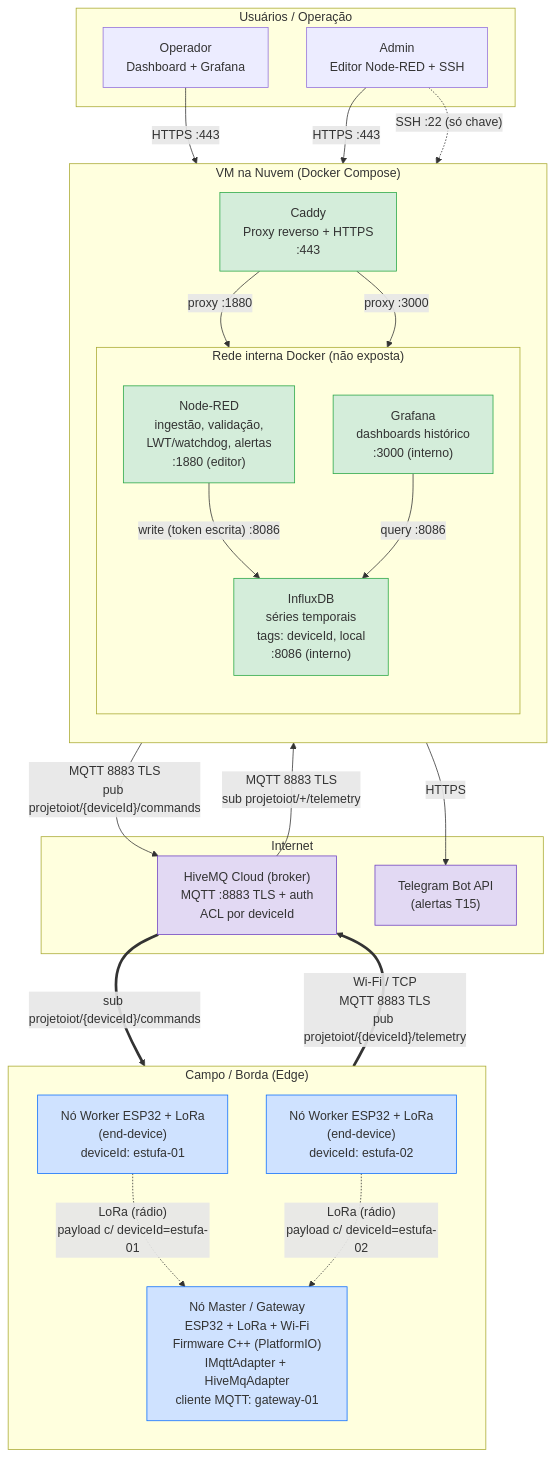
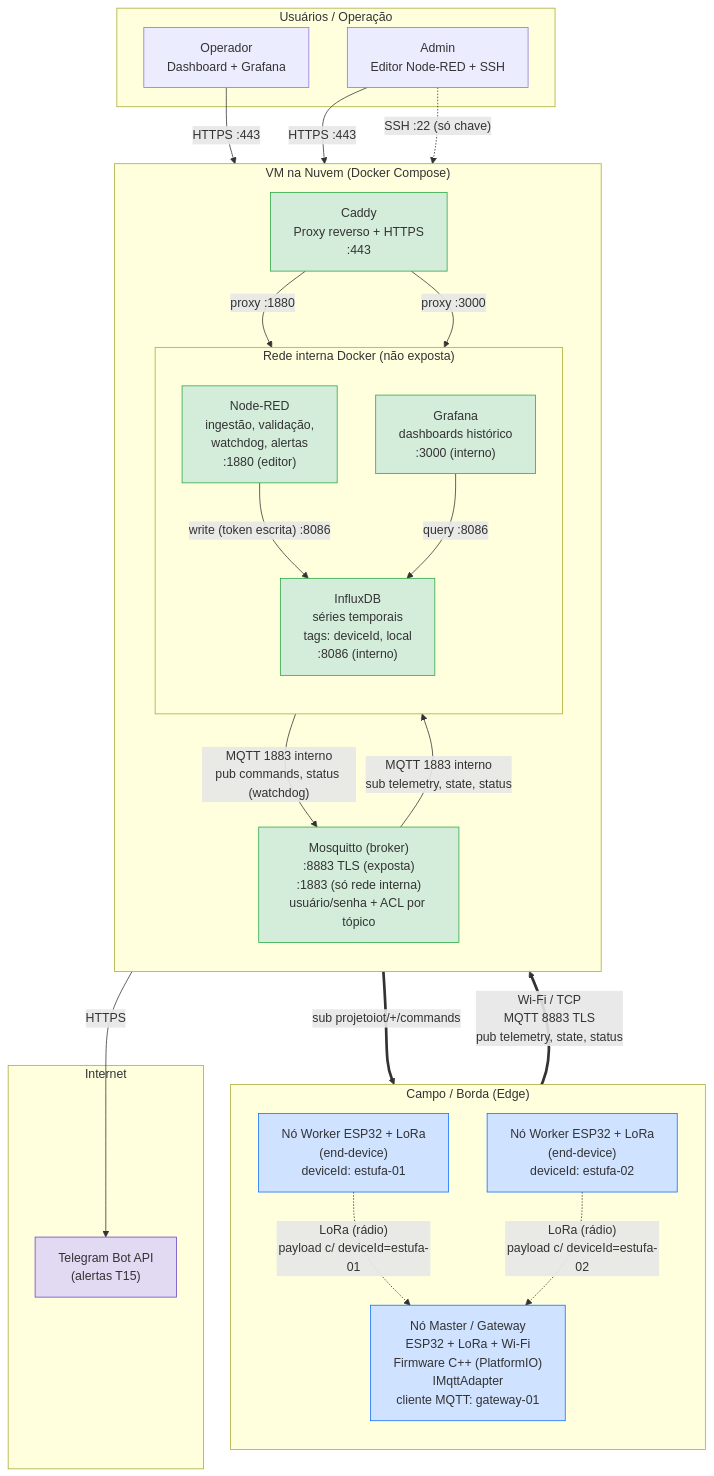
One commit to mr-miguelrangel/ProjetoIOT changed the diagram in docs/arquitetura.md. Above: the diagram before and after it, drawn with Mermaid. The commit also changed other lines of this file and 7 other files, not shown here.

Commit message:
define convenção mqtt e broker para mosquitto

````diff
--- a/docs/arquitetura.md
+++ b/docs/arquitetura.md
@@ -8,58 +10,58 @@
 ```mermaid
 flowchart TB
     subgraph CAMPO["Campo / Borda (Edge)"]
         direction TB
         W1["Nó Worker ESP32 + LoRa<br/>(end-device)<br/>deviceId: estufa-01"]
         W2["Nó Worker ESP32 + LoRa<br/>(end-device)<br/>deviceId: estufa-02"]
-        MASTER["Nó Master / Gateway<br/>ESP32 + LoRa + Wi-Fi<br/>Firmware C++ (PlatformIO)<br/>IMqttAdapter + HiveMqAdapter<br/>cliente MQTT: gateway-01"]
+        MASTER["Nó Master / Gateway<br/>ESP32 + LoRa + Wi-Fi<br/>Firmware C++ (PlatformIO)<br/>IMqttAdapter<br/>cliente MQTT: gateway-01"]
     end
 
     subgraph INTERNET["Internet"]
-        HIVEMQ["HiveMQ Cloud (broker)<br/>MQTT :8883 TLS + auth<br/>ACL por deviceId"]
         TELEGRAM["Telegram Bot API<br/>(alertas T15)"]
     end
 
     subgraph VM["VM na Nuvem (Docker Compose)"]
         direction TB
+        MOSQ["Mosquitto (broker)<br/>:8883 TLS (exposta)<br/>:1883 (só rede interna)<br/>usuário/senha + ACL por tópico"]
         CADDY["Caddy<br/>Proxy reverso + HTTPS<br/>:443"]
         subgraph DOCKERNET["Rede interna Docker (não exposta)"]
             direction TB
-            NODERED["Node-RED<br/>ingestão, validação,<br/>LWT/watchdog, alertas<br/>:1880 (editor)"]
+            NODERED["Node-RED<br/>ingestão, validação,<br/>watchdog, alertas<br/>:1880 (editor)"]
             INFLUX["InfluxDB<br/>séries temporais<br/>tags: deviceId, local<br/>:8086 (interno)"]
             GRAFANA["Grafana<br/>dashboards histórico<br/>:3000 (interno)"]
         end
     end
 
     subgraph USERS["Usuários / Operação"]
         OPERADOR["Operador<br/>Dashboard + Grafana"]
         ADMIN["Admin<br/>Editor Node-RED + SSH"]
     end
 
     W1 -.->|"LoRa (rádio)<br/>payload c/ deviceId=estufa-01"| MASTER
     W2 -.->|"LoRa (rádio)<br/>payload c/ deviceId=estufa-02"| MASTER
 
-    MASTER ==>|"Wi-Fi / TCP<br/>MQTT 8883 TLS<br/>pub projetoiot/{deviceId}/telemetry"| HIVEMQ
-    HIVEMQ ==>|"sub projetoiot/{deviceId}/commands"| MASTER
+    MASTER ==>|"Wi-Fi / TCP<br/>MQTT 8883 TLS<br/>pub telemetry, state, status"| MOSQ
+    MOSQ ==>|"sub projetoiot/+/commands"| MASTER
 
-    HIVEMQ -->|"MQTT 8883 TLS<br/>sub projetoiot/+/telemetry"| NODERED
-    NODERED -->|"MQTT 8883 TLS<br/>pub projetoiot/{deviceId}/commands"| HIVEMQ
+    MOSQ -->|"MQTT 1883 interno<br/>sub telemetry, state, status"| NODERED
+    NODERED -->|"MQTT 1883 interno<br/>pub commands, status (watchdog)"| MOSQ
 
     NODERED -->|"write (token escrita) :8086"| INFLUX
     NODERED -->|"HTTPS"| TELEGRAM
     GRAFANA -->|"query :8086"| INFLUX
 
     CADDY -->|"proxy :1880"| NODERED
     CADDY -->|"proxy :3000"| GRAFANA
 
     OPERADOR -->|"HTTPS :443"| CADDY
     ADMIN -->|"HTTPS :443"| CADDY
     ADMIN -.->|"SSH :22 (só chave)"| VM
 
     classDef cloud fill:#e2d9f3,stroke:#6f42c1,color:#333;
     classDef prod fill:#d4edda,stroke:#28a745,color:#333;
     classDef edge fill:#cfe2ff,stroke:#0d6efd,color:#333;
 
-    class HIVEMQ,TELEGRAM cloud;
-    class NODERED,INFLUX,GRAFANA,CADDY prod;
+    class TELEGRAM cloud;
+    class MOSQ,NODERED,INFLUX,GRAFANA,CADDY prod;
     class MASTER,W1,W2 edge;
 ```
````
